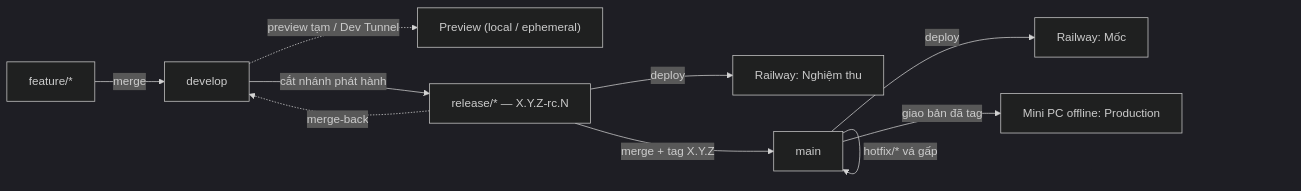
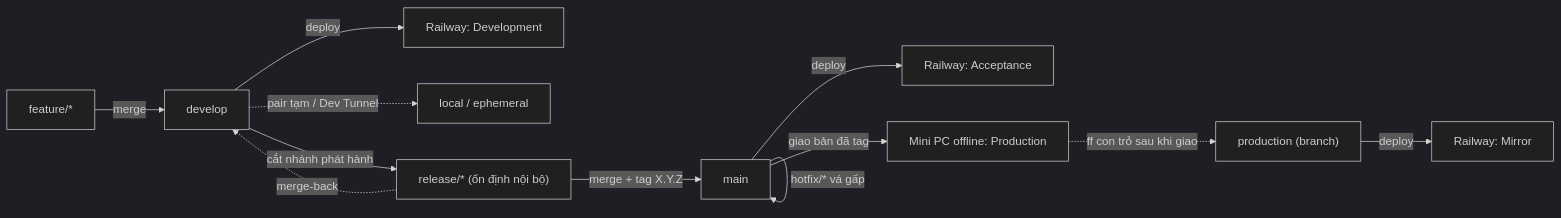
One commit to manhcuongdtbk/electric-water-management changed the diagram in docs/superpowers/specs/2026-06-07-quy-trinh-release-design.md. Above: the diagram before and after it, drawn with Mermaid (dark theme). The commit also changed other lines of this file, not shown here.

First line of the commit message:
docs(release): record P4 Railway environments design in ADR-005

````diff
--- a/docs/superpowers/specs/2026-06-07-quy-trinh-release-design.md
+++ b/docs/superpowers/specs/2026-06-07-quy-trinh-release-design.md
@@ -40,12 +41,14 @@
 ```mermaid
 flowchart LR
   F["feature/*"] -->|merge| D["develop"]
-  D -.->|preview tạm / Dev Tunnel| PV["Preview (local / ephemeral)"]
-  D -->|cắt nhánh phát hành| R["release/* — X.Y.Z-rc.N"]
-  R -->|deploy| EN["Railway: Nghiệm thu"]
+  D -->|deploy| EDV["Railway: Development"]
+  D -.->|pair tạm / Dev Tunnel| PV["local / ephemeral"]
+  D -->|cắt nhánh phát hành| R["release/* (ổn định nội bộ)"]
   R -->|merge + tag X.Y.Z| M["main"]
   R -.->|merge-back| D
-  M -->|deploy| EM["Railway: Mốc"]
+  M -->|deploy| EAC["Railway: Acceptance"]
   M -->|giao bản đã tag| PRD["Mini PC offline: Production"]
+  PRD -.->|ff con trỏ sau khi giao| PB["production (branch)"]
+  PB -->|deploy| EMI["Railway: Mirror"]
   M -->|hotfix/* vá gấp| M
 ```
````
